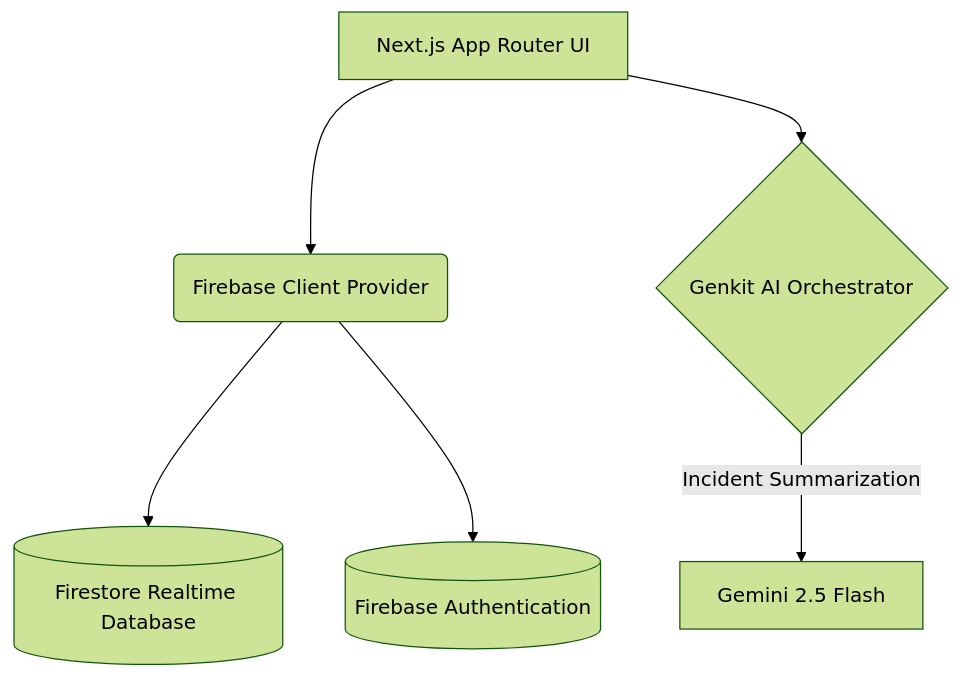
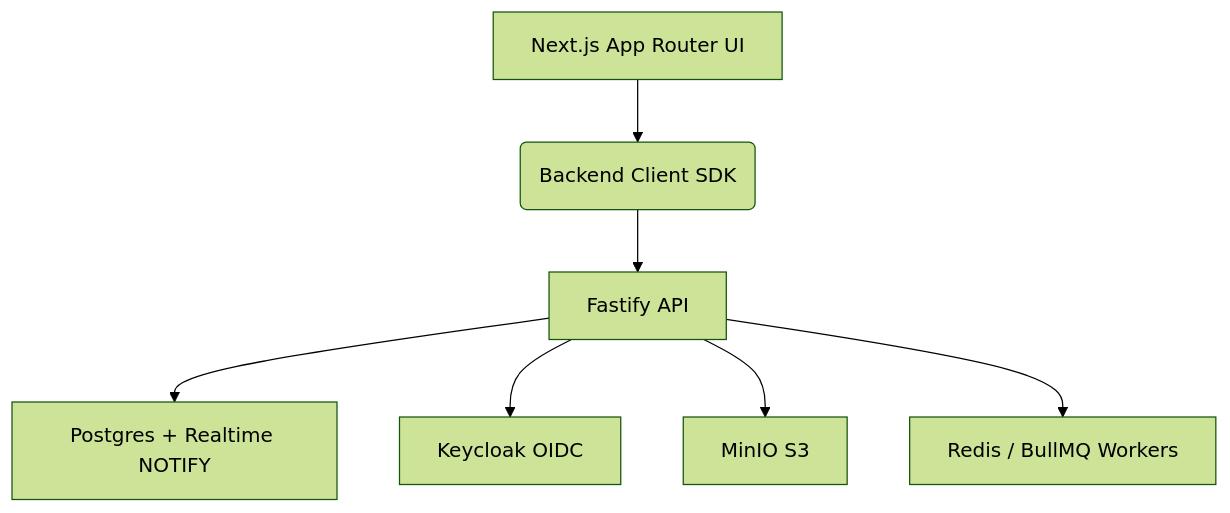
Before and after one commit to AN3S-CREATE/VeraLogix-SecureConnect-App: the diagram in README.md, drawn with Mermaid (forest theme). The commit also changed other lines of this file and 75 other files, not shown here.

First line of the commit message:
Replace Firebase with self-hosted Fastify, Keycloak, Postgres, and MinIO stack.

````diff
--- a/README.md
+++ b/README.md
@@ -147,8 +157,9 @@
 ```mermaid
 graph TD
-    A[Next.js App Router UI] --> B(Firebase Client Provider)
-    B --> G[(Firestore Realtime Database)]
-    B --> H[(Firebase Authentication)]
-    A --> C{Genkit AI Orchestrator}
-    C -->|Incident Summarization| F[Gemini 2.5 Flash]
+    A[Next.js App Router UI] --> B(Backend Client SDK)
+    B --> C[Fastify API]
+    C --> D[Postgres + Realtime NOTIFY]
+    C --> E[Keycloak OIDC]
+    C --> F[MinIO S3]
+    C --> G[Redis / BullMQ Workers]
 ```
````
